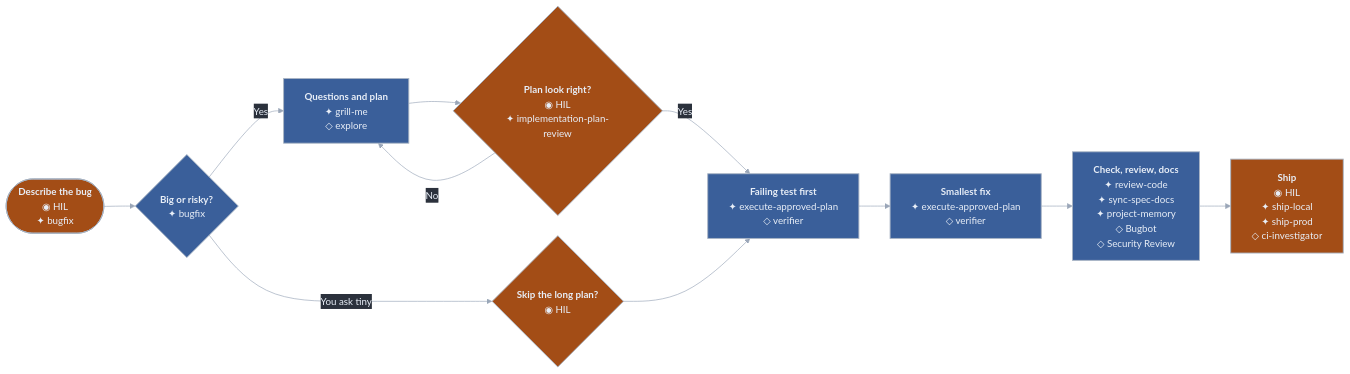
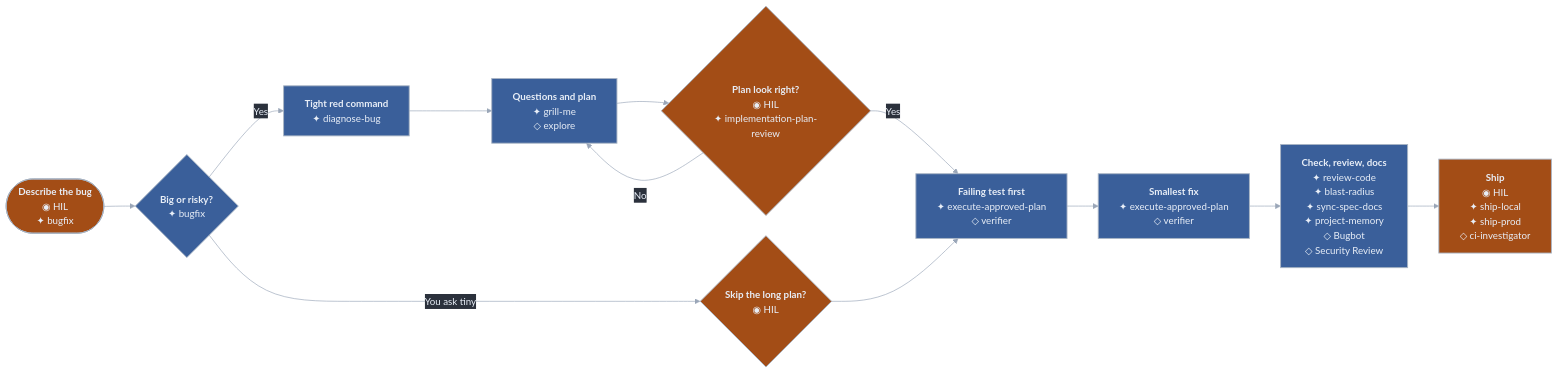
The sixth of 14 diagrams in README.md (RaphaelBecker/cursor-harness), drawn with Mermaid before and after one commit. The commit also changed other lines of this file and 55 other files, not shown here.

````diff
--- a/README.md
+++ b/README.md
@@ -354,26 +388,27 @@
 ```mermaid
 %%{init: {"theme":"base","themeVariables":{"darkMode":true,"fontFamily":"ui-sans-serif, system-ui, -apple-system, Segoe UI, sans-serif","fontSize":"15px","background":"#2B313C","lineColor":"#9AA6B8","textColor":"#9AA6B8","primaryTextColor":"#E8EEF7","edgeLabelBackground":"#2B313C"},"flowchart":{"curve":"basis","htmlLabels":true,"nodeSpacing":31,"rankSpacing":48,"padding":16,"useMaxWidth":true}}}%%
 flowchart LR
   A(["<b>Describe the bug</b><br/>◉ HIL<br/>✦ bugfix"])
   B{"<b>Big or risky?</b><br/>✦ bugfix"}
+  R["<b>Tight red command</b><br/>✦ diagnose-bug"]
   C["<b>Questions and plan</b><br/>✦ grill-me<br/>◇ explore"]
   D{"<b>Plan look right?</b><br/>◉ HIL<br/>✦ implementation-plan-review"}
   T{"<b>Skip the long plan?</b><br/>◉ HIL"}
   E["<b>Failing test first</b><br/>✦ execute-approved-plan<br/>◇ verifier"]
   F["<b>Smallest fix</b><br/>✦ execute-approved-plan<br/>◇ verifier"]
-  G["<b>Check, review, docs</b><br/>✦ review-code<br/>✦ sync-spec-docs<br/>✦ project-memory<br/>◇ Bugbot<br/>◇ Security Review"]
+  G["<b>Check, review, docs</b><br/>✦ review-code<br/>✦ blast-radius<br/>✦ sync-spec-docs<br/>✦ project-memory<br/>◇ Bugbot<br/>◇ Security Review"]
   H["<b>Ship</b><br/>◉ HIL<br/>✦ ship-local<br/>✦ ship-prod<br/>◇ ci-investigator"]
 
   A --> B
-  B -->|Yes| C --> D
+  B -->|Yes| R --> C --> D
   D -->|No| C
   D -->|Yes| E
   B -->|You ask tiny| T --> E
   E --> F --> G --> H
 
   classDef skill fill:#3A5F9A,stroke:#A8B4C4,stroke-width:1.4px,color:#E8EEF7
   classDef hil fill:#A34D16,stroke:#A8B4C4,stroke-width:1.4px,color:#E8EEF7
   classDef done fill:#2A6B5C,stroke:#A8B4C4,stroke-width:1.4px,color:#E8EEF7
   class A,D,T,H hil
-  class B,C,E,F,G skill
+  class B,C,R,E,F,G skill
 ```
````
